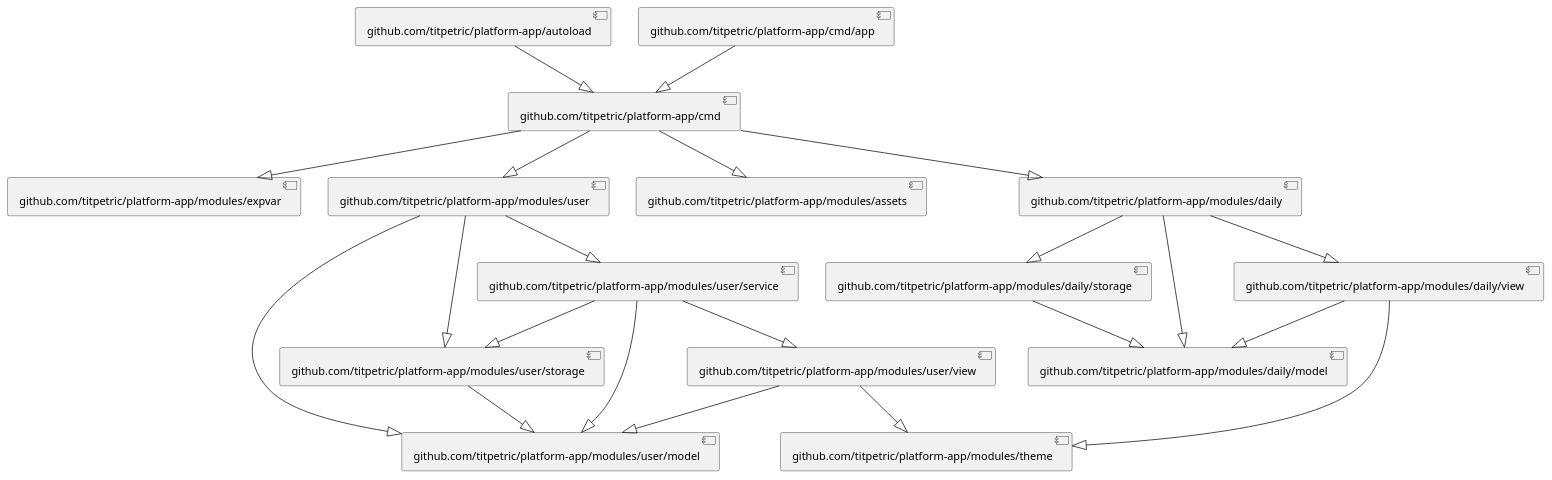
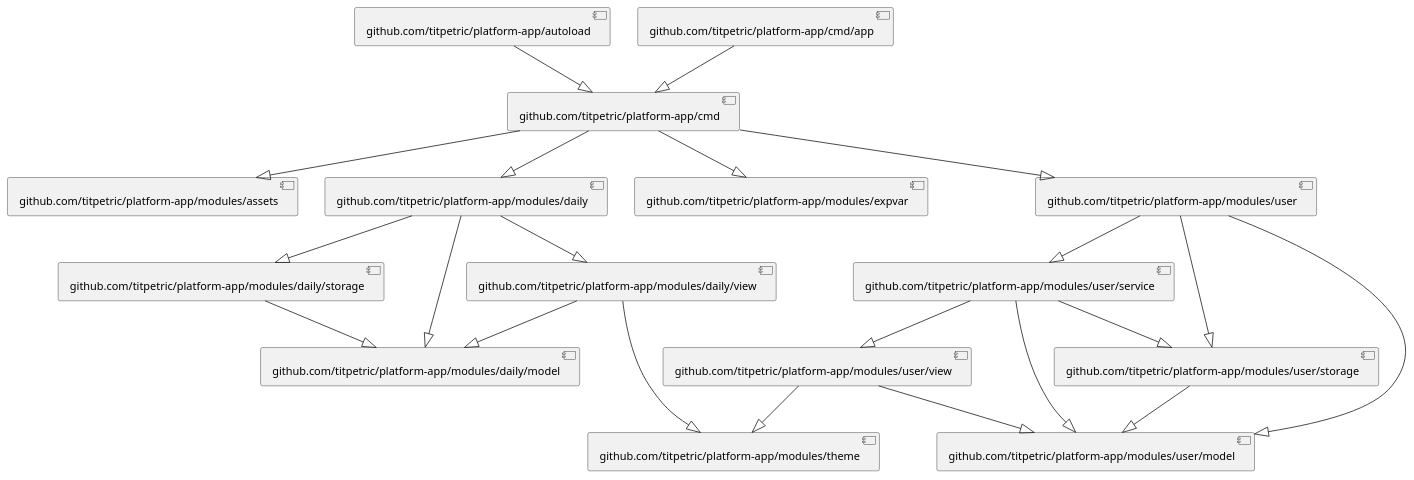
One commit to titpetric/platform-app changed the diagram in docs/imports.puml. Above: the diagram before and after it, drawn with PlantUML. The commit also changed other lines of this file and 1 other file, not shown here.

```diff
--- a/docs/imports.puml
+++ b/docs/imports.puml
@@ -1,23 +1,23 @@
 @startuml
+[github.com/titpetric/platform-app/autoload] --|> [github.com/titpetric/platform-app/cmd]
+[github.com/titpetric/platform-app/cmd] --|> [github.com/titpetric/platform-app/modules/assets]
+[github.com/titpetric/platform-app/cmd] --|> [github.com/titpetric/platform-app/modules/daily]
+[github.com/titpetric/platform-app/cmd] --|> [github.com/titpetric/platform-app/modules/expvar]
+[github.com/titpetric/platform-app/cmd] --|> [github.com/titpetric/platform-app/modules/user]
+[github.com/titpetric/platform-app/cmd/app] --|> [github.com/titpetric/platform-app/cmd]
+[github.com/titpetric/platform-app/modules/daily] --|> [github.com/titpetric/platform-app/modules/daily/storage]
+[github.com/titpetric/platform-app/modules/daily] --|> [github.com/titpetric/platform-app/modules/daily/model]
+[github.com/titpetric/platform-app/modules/daily] --|> [github.com/titpetric/platform-app/modules/daily/view]
 [github.com/titpetric/platform-app/modules/daily/storage] --|> [github.com/titpetric/platform-app/modules/daily/model]
 [github.com/titpetric/platform-app/modules/daily/view] --|> [github.com/titpetric/platform-app/modules/daily/model]
 [github.com/titpetric/platform-app/modules/daily/view] --|> [github.com/titpetric/platform-app/modules/theme]
-[github.com/titpetric/platform-app/cmd] --|> [github.com/titpetric/platform-app/modules/expvar]
-[github.com/titpetric/platform-app/cmd] --|> [github.com/titpetric/platform-app/modules/user]
-[github.com/titpetric/platform-app/cmd] --|> [github.com/titpetric/platform-app/modules/assets]
-[github.com/titpetric/platform-app/cmd] --|> [github.com/titpetric/platform-app/modules/daily]
-[github.com/titpetric/platform-app/modules/daily] --|> [github.com/titpetric/platform-app/modules/daily/storage]
-[github.com/titpetric/platform-app/modules/daily] --|> [github.com/titpetric/platform-app/modules/daily/view]
-[github.com/titpetric/platform-app/modules/daily] --|> [github.com/titpetric/platform-app/modules/daily/model]
-[github.com/titpetric/platform-app/modules/user/storage] --|> [github.com/titpetric/platform-app/modules/user/model]
-[github.com/titpetric/platform-app/modules/user/view] --|> [github.com/titpetric/platform-app/modules/user/model]
-[github.com/titpetric/platform-app/modules/user/view] --|> [github.com/titpetric/platform-app/modules/theme]
-[github.com/titpetric/platform-app/modules/user/service] --|> [github.com/titpetric/platform-app/modules/user/storage]
-[github.com/titpetric/platform-app/modules/user/service] --|> [github.com/titpetric/platform-app/modules/user/model]
-[github.com/titpetric/platform-app/modules/user/service] --|> [github.com/titpetric/platform-app/modules/user/view]
 [github.com/titpetric/platform-app/modules/user] --|> [github.com/titpetric/platform-app/modules/user/service]
 [github.com/titpetric/platform-app/modules/user] --|> [github.com/titpetric/platform-app/modules/user/storage]
 [github.com/titpetric/platform-app/modules/user] --|> [github.com/titpetric/platform-app/modules/user/model]
-[github.com/titpetric/platform-app/autoload] --|> [github.com/titpetric/platform-app/cmd]
-[github.com/titpetric/platform-app/cmd/app] --|> [github.com/titpetric/platform-app/cmd]
+[github.com/titpetric/platform-app/modules/user/service] --|> [github.com/titpetric/platform-app/modules/user/model]
+[github.com/titpetric/platform-app/modules/user/service] --|> [github.com/titpetric/platform-app/modules/user/storage]
+[github.com/titpetric/platform-app/modules/user/service] --|> [github.com/titpetric/platform-app/modules/user/view]
+[github.com/titpetric/platform-app/modules/user/storage] --|> [github.com/titpetric/platform-app/modules/user/model]
+[github.com/titpetric/platform-app/modules/user/view] --|> [github.com/titpetric/platform-app/modules/theme]
+[github.com/titpetric/platform-app/modules/user/view] --|> [github.com/titpetric/platform-app/modules/user/model]
 @enduml
```
